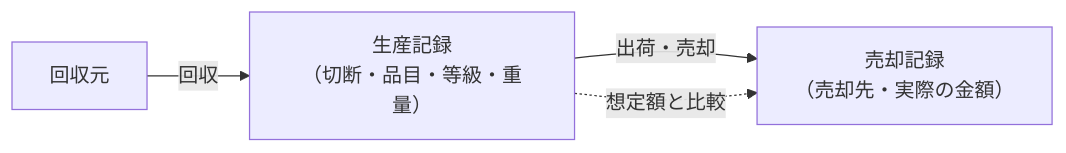
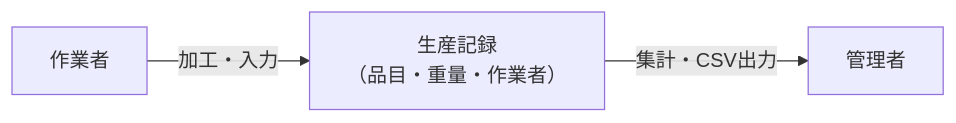
Before and after one commit to songgeye/Loopworks-demo-v2: the diagram in documents/Requirement_Definition.md, drawn with Mermaid. The commit also changed other lines of this file and 1 other file, not shown here.

````diff
--- a/documents/Requirement_Definition.md
+++ b/documents/Requirement_Definition.md
@@ -81,6 +69,5 @@
 ```mermaid
 flowchart LR
-  A[回収元] -->|回収| B[生産記録\n（切断・品目・等級・重量）]
-  B -->|出荷・売却| C[売却記録\n（売却先・実際の金額）]
-  B -.->|想定額と比較| C
+  A[作業者] -->|加工・入力| B[生産記録\n（品目・重量・作業者）]
+  B -->|集計・CSV出力| C[管理者]
 ```
````
